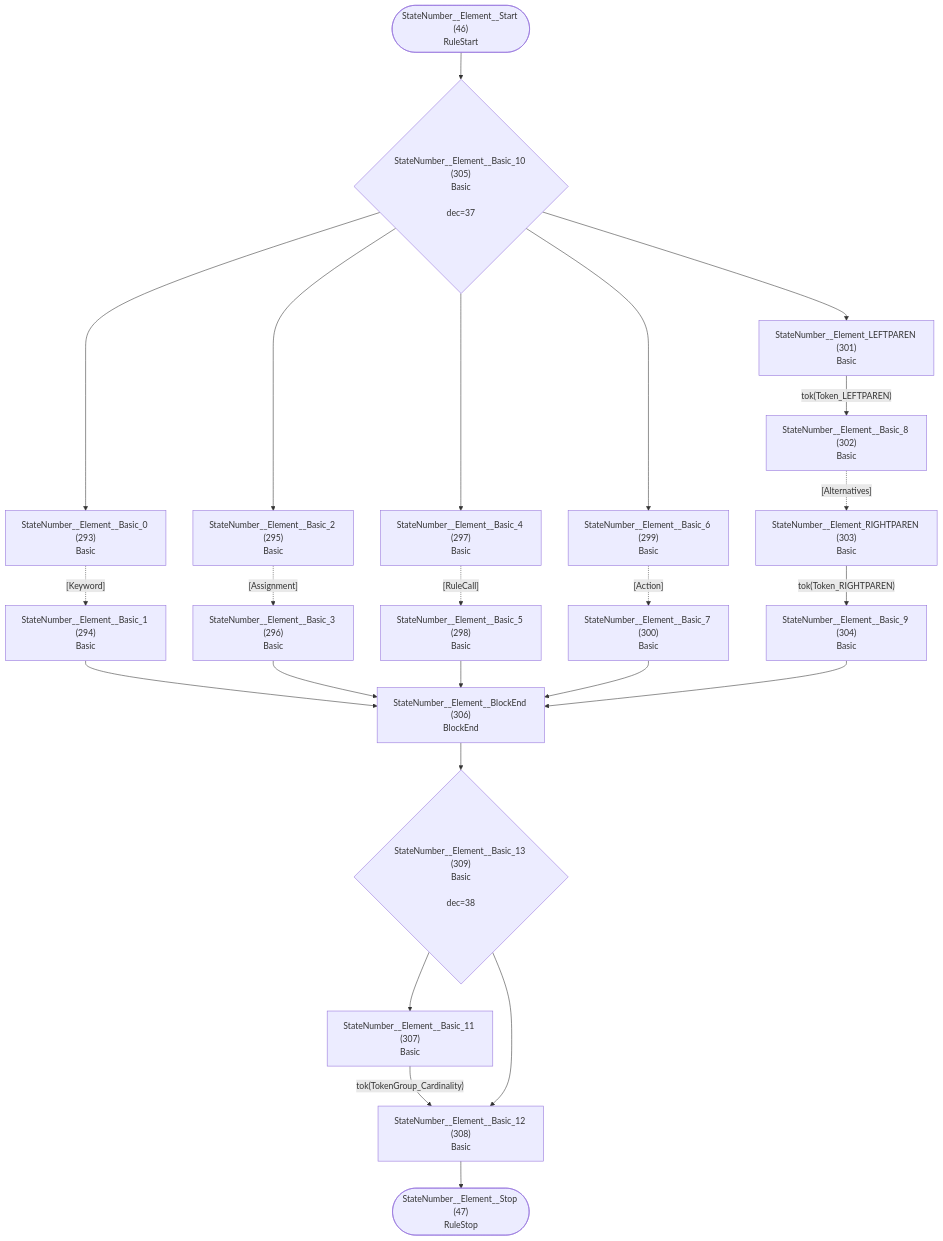
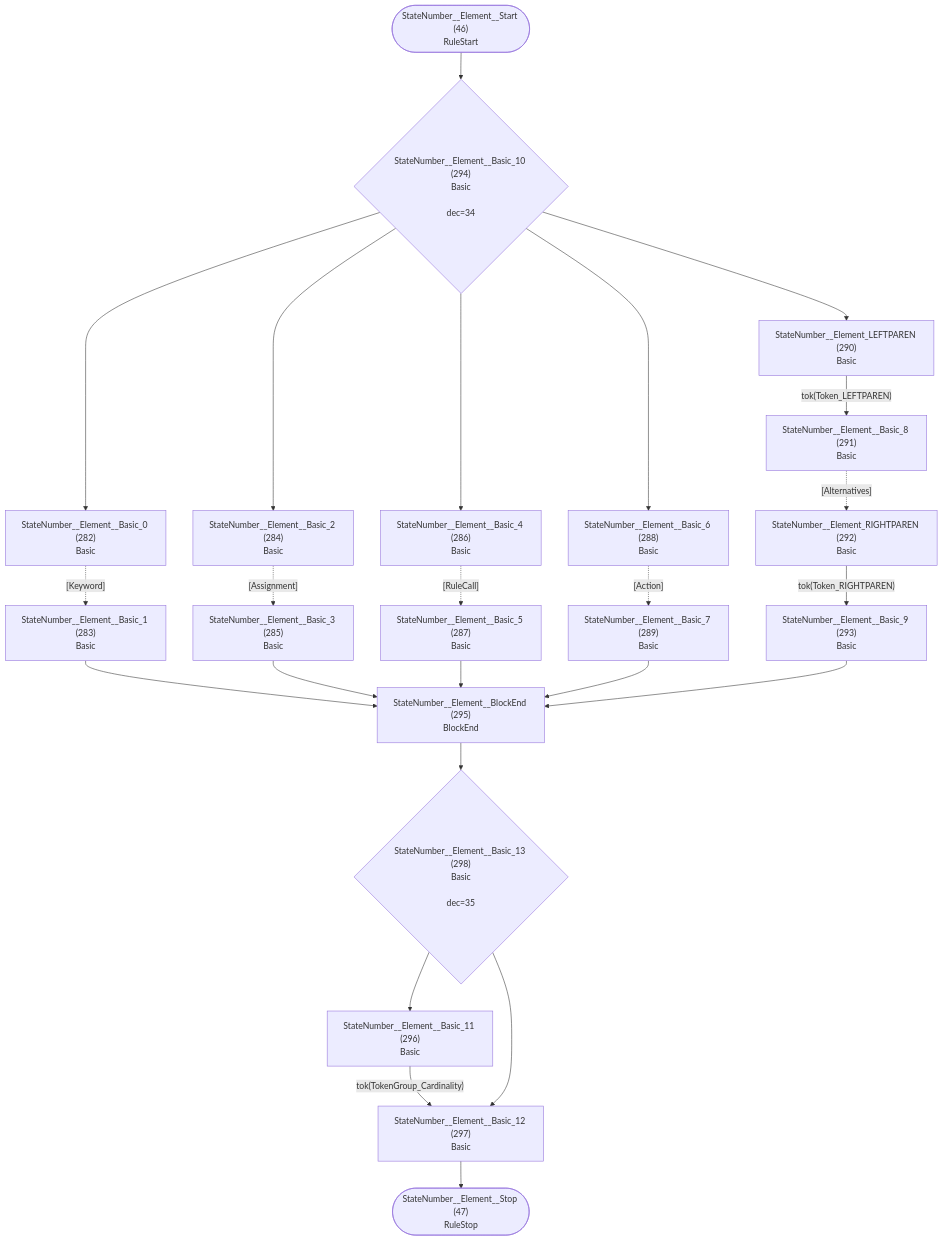
Before and after one commit to TypeFox/fastbelt: diagram 24 of 36 in internal/grammar/atn.md, drawn with Mermaid. The commit also changed other lines of this file and 9 other files, not shown here.

````diff
--- a/internal/grammar/atn.md
+++ b/internal/grammar/atn.md
@@ -725,46 +700,46 @@
 ```mermaid
 flowchart TD
     q46(["StateNumber__Element__Start (46)<br/>RuleStart"])
     q47(["StateNumber__Element__Stop (47)<br/>RuleStop"])
-    q293["StateNumber__Element__Basic_0 (293)<br/>Basic<br/>"]
-    q294["StateNumber__Element__Basic_1 (294)<br/>Basic<br/>"]
-    q295["StateNumber__Element__Basic_2 (295)<br/>Basic<br/>"]
-    q296["StateNumber__Element__Basic_3 (296)<br/>Basic<br/>"]
-    q297["StateNumber__Element__Basic_4 (297)<br/>Basic<br/>"]
-    q298["StateNumber__Element__Basic_5 (298)<br/>Basic<br/>"]
-    q299["StateNumber__Element__Basic_6 (299)<br/>Basic<br/>"]
-    q300["StateNumber__Element__Basic_7 (300)<br/>Basic<br/>"]
-    q301["StateNumber__Element_LEFTPAREN (301)<br/>Basic<br/>"]
-    q302["StateNumber__Element__Basic_8 (302)<br/>Basic<br/>"]
-    q303["StateNumber__Element_RIGHTPAREN (303)<br/>Basic<br/>"]
-    q304["StateNumber__Element__Basic_9 (304)<br/>Basic<br/>"]
-    q305{"StateNumber__Element__Basic_10 (305)<br/>Basic<br/><br/>dec=37"}
-    q306["StateNumber__Element__BlockEnd (306)<br/>BlockEnd<br/>"]
-    q307["StateNumber__Element__Basic_11 (307)<br/>Basic<br/>"]
-    q308["StateNumber__Element__Basic_12 (308)<br/>Basic<br/>"]
-    q309{"StateNumber__Element__Basic_13 (309)<br/>Basic<br/><br/>dec=38"}
+    q282["StateNumber__Element__Basic_0 (282)<br/>Basic<br/>"]
+    q283["StateNumber__Element__Basic_1 (283)<br/>Basic<br/>"]
+    q284["StateNumber__Element__Basic_2 (284)<br/>Basic<br/>"]
+    q285["StateNumber__Element__Basic_3 (285)<br/>Basic<br/>"]
+    q286["StateNumber__Element__Basic_4 (286)<br/>Basic<br/>"]
+    q287["StateNumber__Element__Basic_5 (287)<br/>Basic<br/>"]
+    q288["StateNumber__Element__Basic_6 (288)<br/>Basic<br/>"]
+    q289["StateNumber__Element__Basic_7 (289)<br/>Basic<br/>"]
+    q290["StateNumber__Element_LEFTPAREN (290)<br/>Basic<br/>"]
+    q291["StateNumber__Element__Basic_8 (291)<br/>Basic<br/>"]
+    q292["StateNumber__Element_RIGHTPAREN (292)<br/>Basic<br/>"]
+    q293["StateNumber__Element__Basic_9 (293)<br/>Basic<br/>"]
+    q294{"StateNumber__Element__Basic_10 (294)<br/>Basic<br/><br/>dec=34"}
+    q295["StateNumber__Element__BlockEnd (295)<br/>BlockEnd<br/>"]
+    q296["StateNumber__Element__Basic_11 (296)<br/>Basic<br/>"]
+    q297["StateNumber__Element__Basic_12 (297)<br/>Basic<br/>"]
+    q298{"StateNumber__Element__Basic_13 (298)<br/>Basic<br/><br/>dec=35"}
 
-    q46 --> q305
-    q293 -.->|"[Keyword]"| q294
-    q294 --> q306
-    q295 -.->|"[Assignment]"| q296
-    q296 --> q306
-    q297 -.->|"[RuleCall]"| q298
-    q298 --> q306
-    q299 -.->|"[Action]"| q300
-    q300 --> q306
-    q301 -->|"tok(Token_LEFTPAREN)"| q302
-    q302 -.->|"[Alternatives]"| q303
-    q303 -->|"tok(Token_RIGHTPAREN)"| q304
-    q304 --> q306
-    q305 --> q293
-    q305 --> q295
-    q305 --> q297
-    q305 --> q299
-    q305 --> q301
-    q306 --> q309
-    q307 -->|"tok(TokenGroup_Cardinality)"| q308
-    q308 --> q47
-    q309 --> q307
-    q309 --> q308
+    q46 --> q294
+    q282 -.->|"[Keyword]"| q283
+    q283 --> q295
+    q284 -.->|"[Assignment]"| q285
+    q285 --> q295
+    q286 -.->|"[RuleCall]"| q287
+    q287 --> q295
+    q288 -.->|"[Action]"| q289
+    q289 --> q295
+    q290 -->|"tok(Token_LEFTPAREN)"| q291
+    q291 -.->|"[Alternatives]"| q292
+    q292 -->|"tok(Token_RIGHTPAREN)"| q293
+    q293 --> q295
+    q294 --> q282
+    q294 --> q284
+    q294 --> q286
+    q294 --> q288
+    q294 --> q290
+    q295 --> q298
+    q296 -->|"tok(TokenGroup_Cardinality)"| q297
+    q297 --> q47
+    q298 --> q296
+    q298 --> q297
 ```
````
